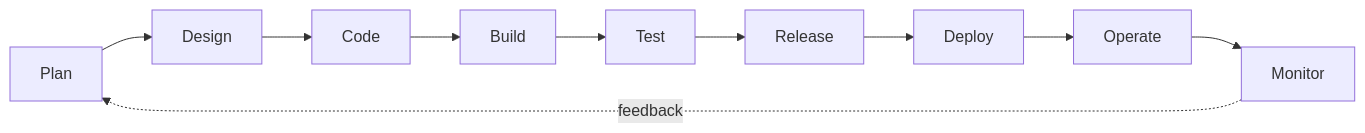
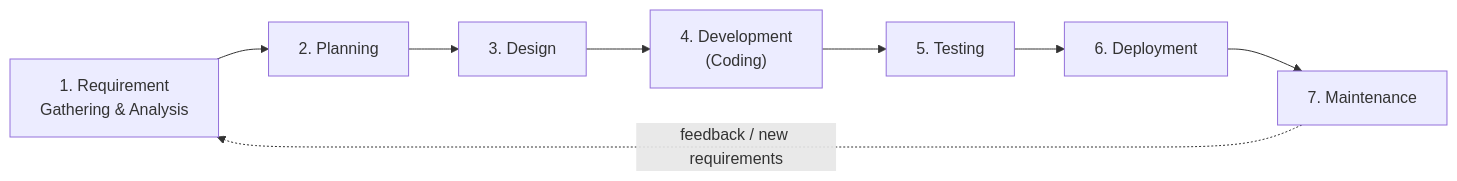
The first of 7 diagrams in day1-sdlc/notes.md (siva9800/learn-devops), drawn with Mermaid before and after one commit. The commit also changed other lines of this file, not shown here.

````diff
--- a/day1-sdlc/notes.md
+++ b/day1-sdlc/notes.md
@@ -56,7 +56,8 @@
 ```mermaid
 flowchart LR
-    Plan["Plan"] --> Design["Design"] --> Code["Code"] --> Build["Build"]
-    Build --> Test["Test"] --> Release["Release"] --> Deploy["Deploy"]
-    Deploy --> Operate["Operate"] --> Monitor["Monitor"]
-    Monitor -.feedback.-> Plan
+    A["1. Requirement<br/>Gathering & Analysis"] --> B["2. Planning"]
+    B --> C["3. Design"] --> D["4. Development<br/>(Coding)"]
+    D --> E["5. Testing"] --> F["6. Deployment"]
+    F --> G["7. Maintenance"]
+    G -.feedback / new requirements.-> A
 ```
````
